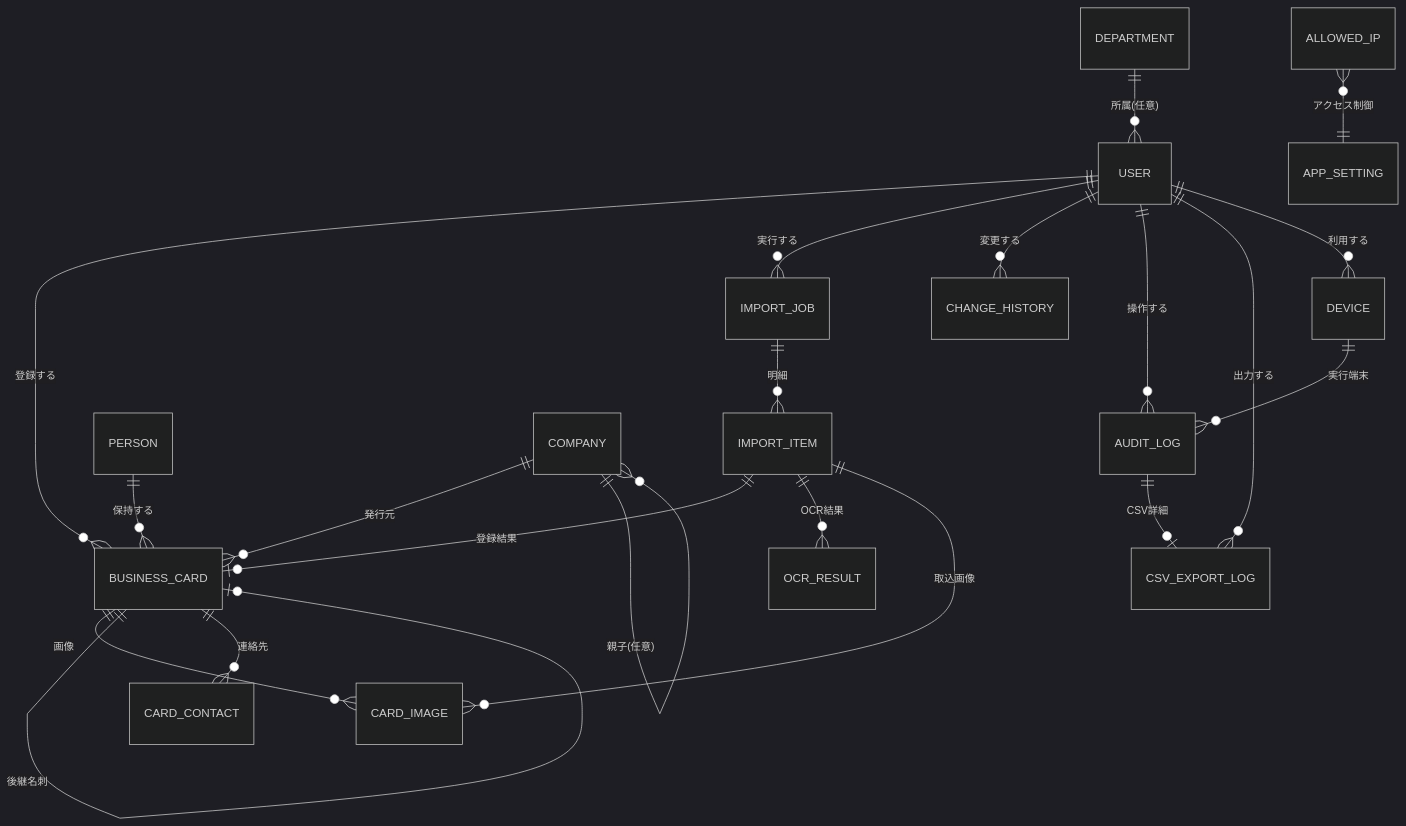
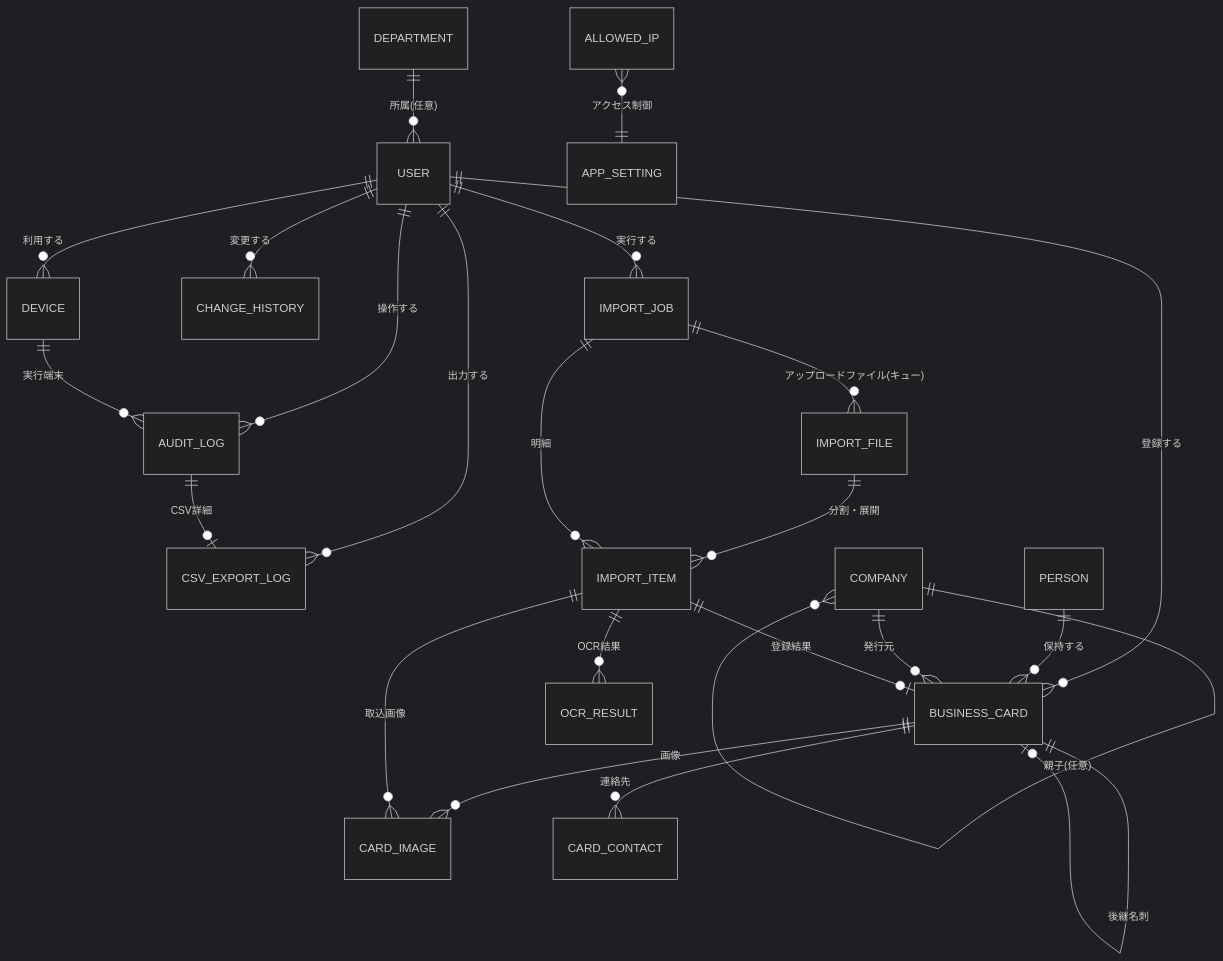
The first of 2 diagrams in business-card-system/data-model-v0.3.md (onokei1129/generative-ai-for-beginners), drawn with Mermaid (dark theme) before and after one commit. The commit also changed other lines of this file and 27 other files, not shown here.

````diff
--- a/business-card-system/data-model-v0.3.md
+++ b/business-card-system/data-model-v0.3.md
@@ -29,27 +29,29 @@
 ```mermaid
 erDiagram
     USER ||--o{ BUSINESS_CARD : "登録する"
     USER ||--o{ IMPORT_JOB : "実行する"
     USER ||--o{ CHANGE_HISTORY : "変更する"
     USER ||--o{ AUDIT_LOG : "操作する"
     USER ||--o{ CSV_EXPORT_LOG : "出力する"
     USER ||--o{ DEVICE : "利用する"
     DEPARTMENT ||--o{ USER : "所属(任意)"
 
     PERSON ||--o{ BUSINESS_CARD : "保持する"
     COMPANY ||--o{ BUSINESS_CARD : "発行元"
     COMPANY ||--o{ COMPANY : "親子(任意)"
 
     BUSINESS_CARD ||--o{ CARD_IMAGE : "画像"
     BUSINESS_CARD ||--o| BUSINESS_CARD : "後継名刺"
     BUSINESS_CARD ||--o{ CARD_CONTACT : "連絡先"
 
+    IMPORT_JOB ||--o{ IMPORT_FILE : "アップロードファイル(キュー)"
+    IMPORT_FILE ||--o{ IMPORT_ITEM : "分割・展開"
     IMPORT_JOB ||--o{ IMPORT_ITEM : "明細"
     IMPORT_ITEM ||--o| BUSINESS_CARD : "登録結果"
     IMPORT_ITEM ||--o{ OCR_RESULT : "OCR結果"
     IMPORT_ITEM ||--o{ CARD_IMAGE : "取込画像"
 
     AUDIT_LOG ||--o| CSV_EXPORT_LOG : "CSV詳細"
     DEVICE ||--o{ AUDIT_LOG : "実行端末"
     ALLOWED_IP }o--|| APP_SETTING : "アクセス制御"
 ```
````
